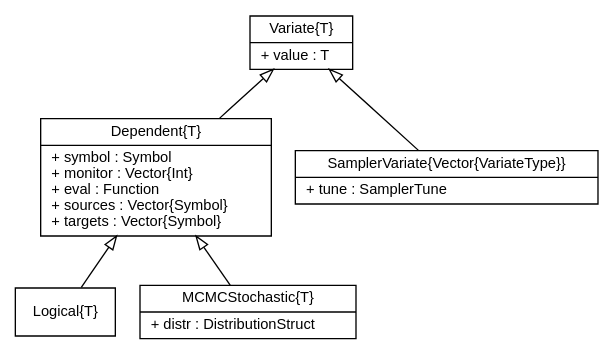
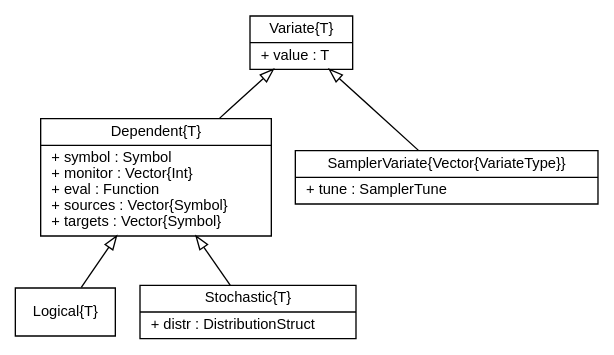
Before and after one commit to brian-j-smith/Mamba.jl: the diagram in doc/images/variateUML.dot, drawn with Graphviz. The commit also changed 39 other files, not shown here.

```diff
--- a/doc/images/variateUML.dot
+++ b/doc/images/variateUML.dot
@@ -1,24 +1,24 @@
 digraph Variate {
 	fontname = "Helvetica"
 	fontsize = 11
 
 	node [fontname = "Helvetica", fontsize = 11, shape = record]
 
 	edge [fontname = "Helvetica", fontsize = 11, dir = back, arrowtail = empty]
 
 	Variate [label = "{Variate\{T\}|+ value : T\l}"]
 
 	Dependent [label = "{Dependent\{T\}|+ symbol : Symbol\l+ monitor : Vector\{Int\}\l+ eval : Function\l+ sources : Vector\{Symbol\}\l+ targets : Vector\{Symbol\}\l}"]
 	
 	Logical [label = "{Logical\{T\}}"]
 	
-	MCMCStochastic [label = "{MCMCStochastic\{T\}|+ distr : DistributionStruct\l}"]
+	Stochastic [label = "{Stochastic\{T\}|+ distr : DistributionStruct\l}"]
 
 	SamplerVariate [label = "{SamplerVariate\{Vector\{VariateType\}\}|+ tune : SamplerTune\l}"]
 	
 	Variate -> Dependent
 	Dependent -> Logical
-	Dependent -> MCMCStochastic
+	Dependent -> Stochastic
 	Variate -> SamplerVariate
 
 }
```
